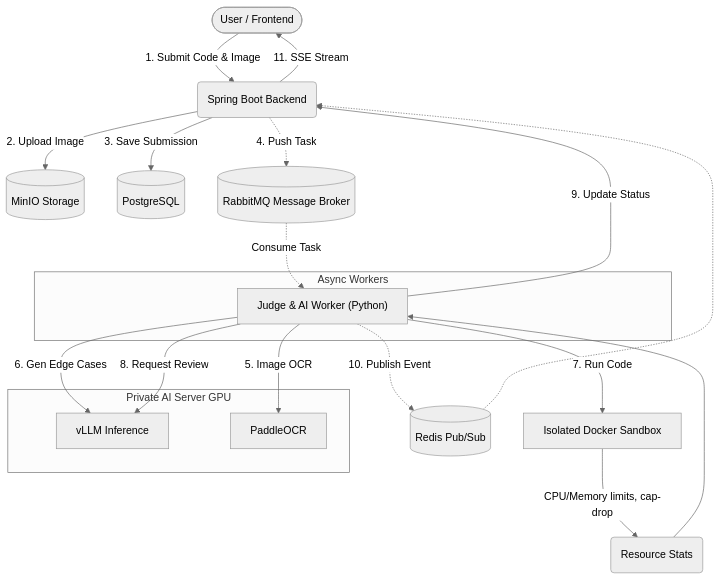
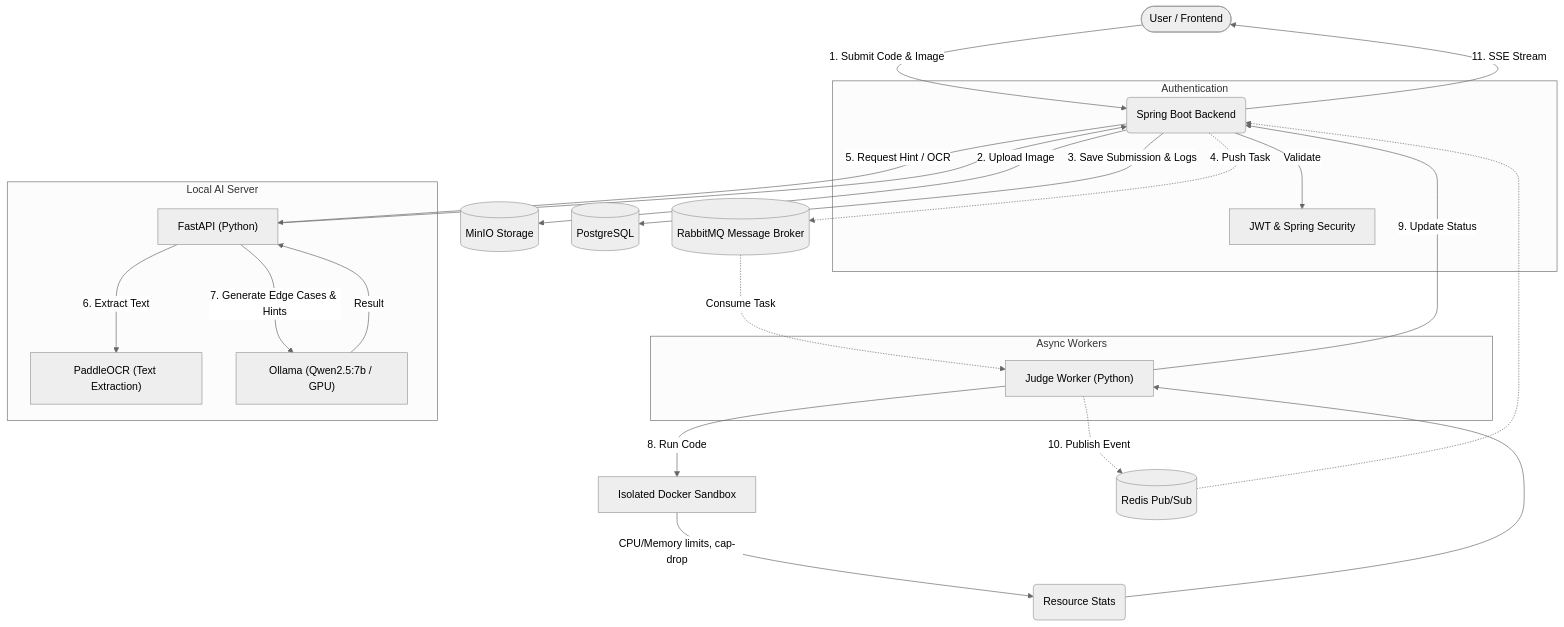
One commit to jkh0515/vacation_web_project changed the diagram in README.md. Above: the diagram before and after it, drawn with Mermaid (neutral theme). The commit also changed other lines of this file and 14 other files, not shown here.

Commit message:
feat: integrate local AI server and fix judge validation logic

````diff
--- a/README.md
+++ b/README.md
@@ -21,31 +21,39 @@
 ```mermaid
 graph TD
     User([User / Frontend]) -->|1. Submit Code & Image| API(Spring Boot Backend)
+    
+    subgraph Auth [Authentication]
+        API -->|Validate| JWT[JWT & Spring Security]
+    end
+
     API -->|2. Upload Image| MinIO[(MinIO Storage)]
-    API -->|3. Save Submission| DB[(PostgreSQL)]
+    API -->|3. Save Submission & Logs| DB[(PostgreSQL)]
     API -.->|4. Push Task| RabbitMQ[(RabbitMQ Message Broker)]
     
     subgraph Async Workers
-        Worker["Judge & AI Worker (Python)"]
+        Worker["Judge Worker (Python)"]
     end
     
     RabbitMQ -.->|Consume Task| Worker
     
-    subgraph Private AI Server GPU
-        vLLM[vLLM Inference]
-        Paddle[PaddleOCR]
+    subgraph Local AI Server
+        FastAPI["FastAPI (Python)"]
+        Paddle["PaddleOCR (Text Extraction)"]
+        Ollama["Ollama (Qwen2.5:7b / GPU)"]
     end
     
-    Worker -->|5. Image OCR| Paddle
-    Worker -->|6. Gen Edge Cases| vLLM
-    Worker -->|7. Run Code| DockerSandbox[Isolated Docker Sandbox]
+    API -->|5. Request Hint / OCR| FastAPI
+    FastAPI -->|6. Extract Text| Paddle
+    FastAPI -->|7. Generate Edge Cases & Hints| Ollama
+    Ollama -->|Result| FastAPI
+    FastAPI --> API
     
+    Worker -->|8. Run Code| DockerSandbox[Isolated Docker Sandbox]
     DockerSandbox -->|CPU/Memory limits, cap-drop| Result(Resource Stats)
     Result --> Worker
-    Worker -->|8. Request Review| vLLM
     
     Worker -->|9. Update Status| API
     Worker -.->|10. Publish Event| RedisPubSub[(Redis Pub/Sub)]
     RedisPubSub -.-> API
     API -->|11. SSE Stream| User
 ```
````
